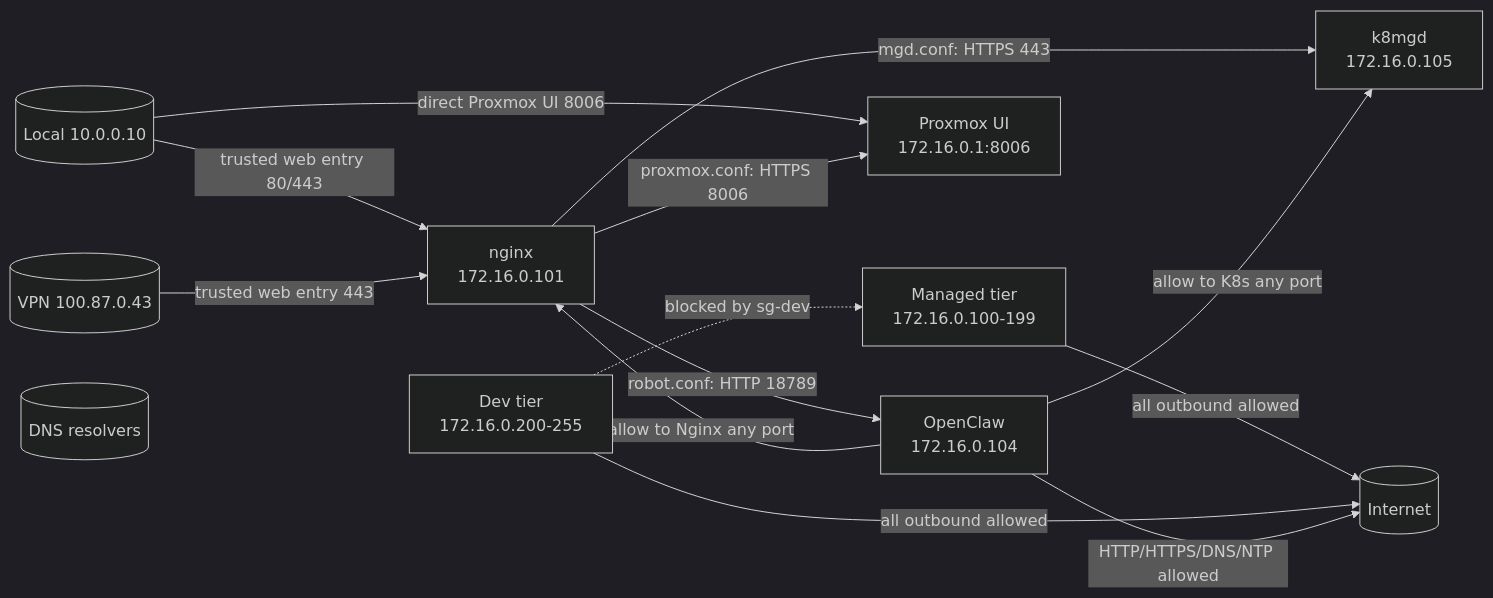
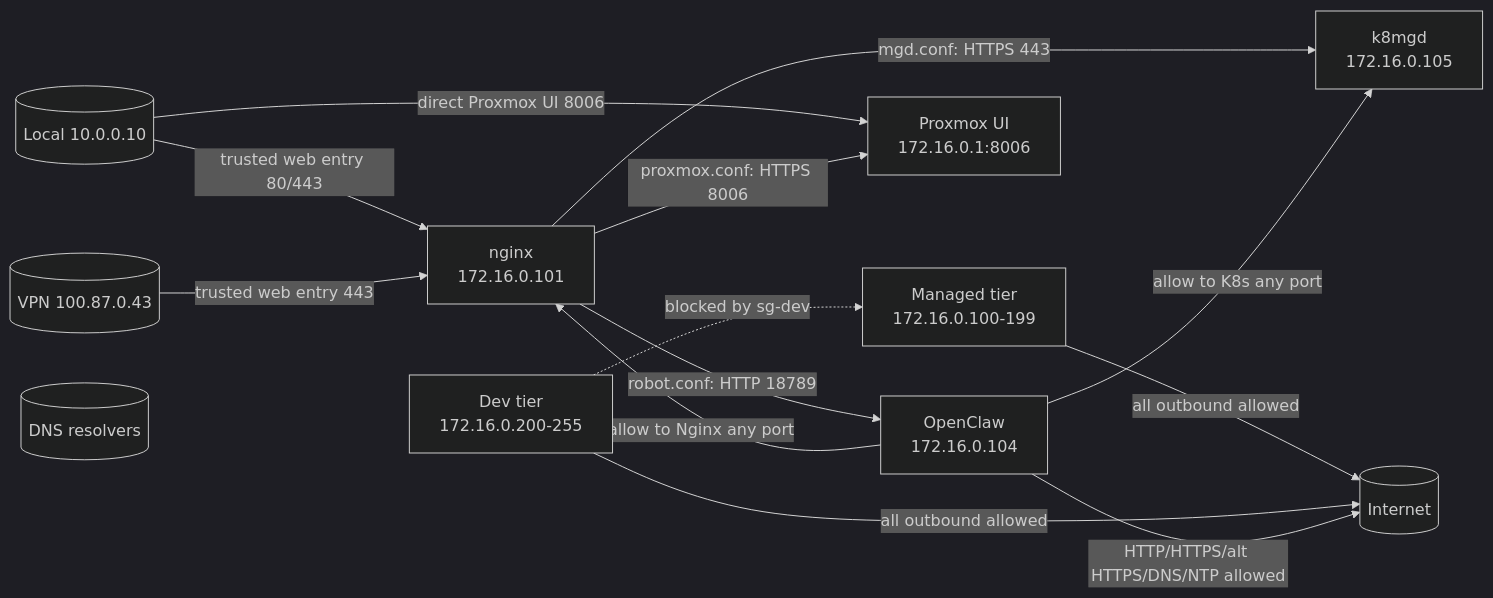
Before and after one commit to nirmalhk7/operationscenter: the diagram in infrastructure/terra/proxmox/README.md, drawn with Mermaid (dark theme). The commit also changed other lines of this file, not shown here.

````diff
--- a/infrastructure/terra/proxmox/README.md
+++ b/infrastructure/terra/proxmox/README.md
@@ -9,29 +9,29 @@
 ```mermaid
 flowchart LR
   Local[(Local 10.0.0.10)]
   VPN[(VPN 100.87.0.43)]
   DNS[(DNS resolvers)]
   Internet[(Internet)]
   Nginx["nginx<br/>172.16.0.101"]
   K8s["k8mgd<br/>172.16.0.105"]
   OpenClaw["OpenClaw<br/>172.16.0.104"]
   ProxmoxUI["Proxmox UI<br/>172.16.0.1:8006"]
   ManagedNet["Managed tier<br/>172.16.0.100-199"]
   DevNet["Dev tier<br/>172.16.0.200-255"]
 
   Local -->|direct Proxmox UI 8006| ProxmoxUI
   Local -->|trusted web entry 80/443| Nginx
   VPN -->|trusted web entry 443| Nginx
 
   Nginx -->|mgd.conf: HTTPS 443| K8s
   Nginx -->|proxmox.conf: HTTPS 8006| ProxmoxUI
   Nginx -->|robot.conf: HTTP 18789| OpenClaw
 
   ManagedNet -->|all outbound allowed| Internet
   DevNet -->|all outbound allowed| Internet
   DevNet -.->|blocked by sg-dev| ManagedNet
 
   OpenClaw -->|allow to Nginx any port| Nginx
   OpenClaw -->|allow to K8s any port| K8s
-  OpenClaw -->|HTTP/HTTPS/DNS/NTP allowed| Internet
+  OpenClaw -->|HTTP/HTTPS/alt HTTPS/DNS/NTP allowed| Internet
 ```
````
